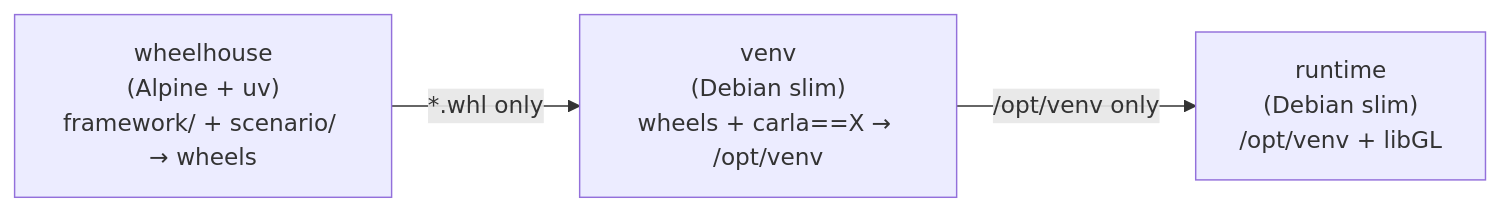
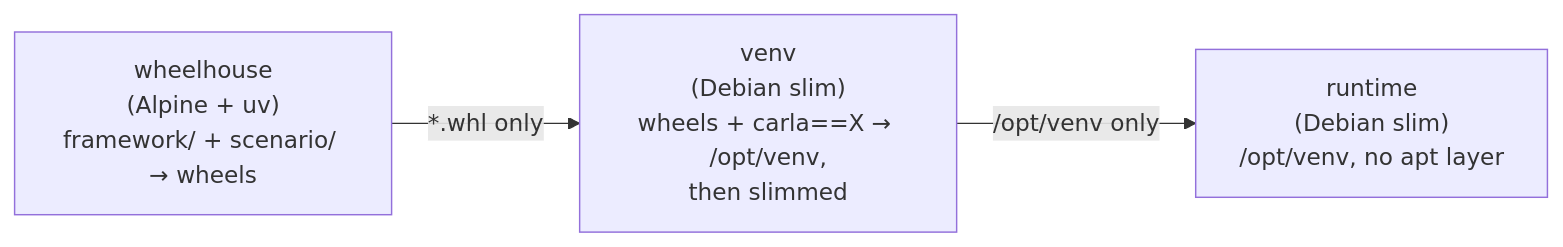
One commit to autowarefoundation/autoware_carla_scenario changed the diagram in autoware_carla_scenario/docs/docker.md. Above: the diagram before and after it, drawn with Mermaid. The commit also changed other lines of this file and 8 other files, not shown here.

````diff
--- a/autoware_carla_scenario/docs/docker.md
+++ b/autoware_carla_scenario/docs/docker.md
@@ -26,8 +37,8 @@
 ```mermaid
 flowchart LR
     A["wheelhouse<br/>(Alpine + uv)<br/>framework/ + scenario/ → wheels"]
-    B["venv<br/>(Debian slim)<br/>wheels + carla==X → /opt/venv"]
-    C["runtime<br/>(Debian slim)<br/>/opt/venv + libGL"]
+    B["venv<br/>(Debian slim)<br/>wheels + carla==X → /opt/venv,<br/>then slimmed"]
+    C["runtime<br/>(Debian slim)<br/>/opt/venv, no apt layer"]
     A -- "*.whl only" --> B
     B -- "/opt/venv only" --> C
 ```
````
